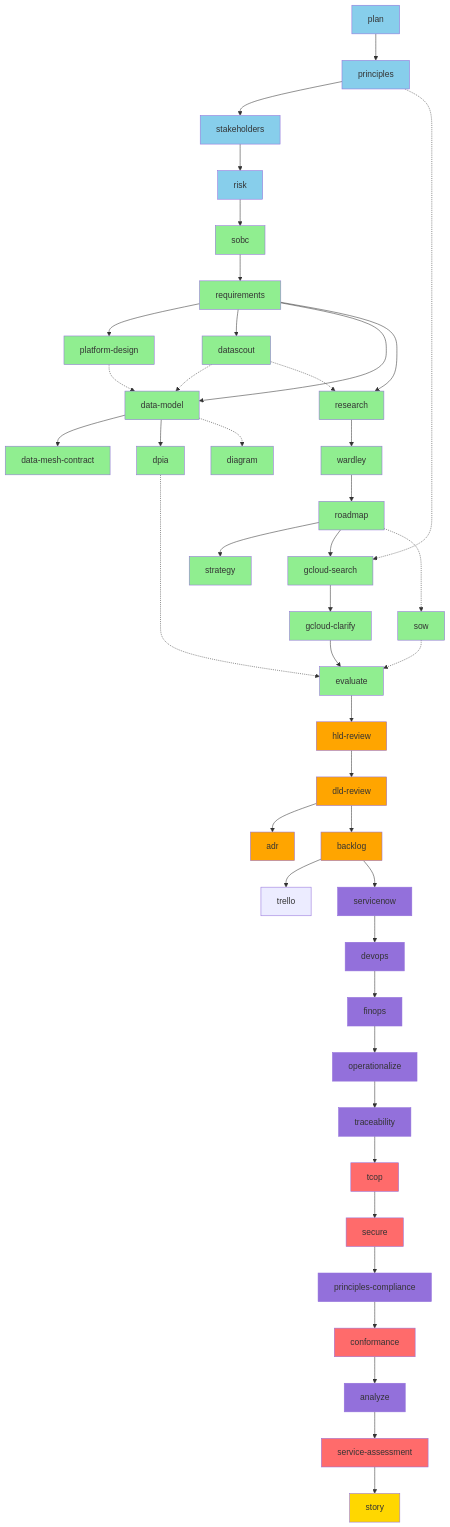
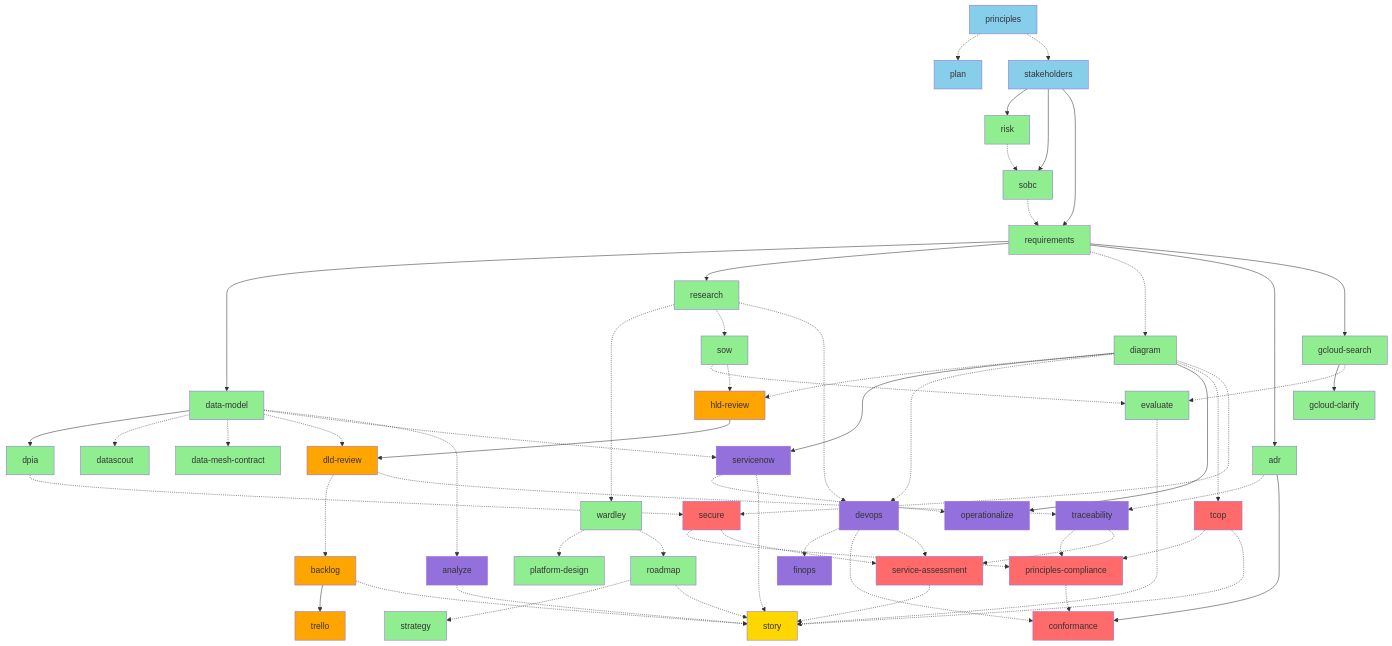
One commit to tractorjuice/arc-kit changed the second of 14 diagrams in docs/WORKFLOW-DIAGRAMS.md. Above: the diagram before and after it, drawn with Mermaid. The commit also changed other lines of this file, not shown here.

First line of the commit message:
docs: redraw WORKFLOW-DIAGRAMS.md from the dependency data

````diff
--- a/docs/WORKFLOW-DIAGRAMS.md
+++ b/docs/WORKFLOW-DIAGRAMS.md
@@ -122,101 +177,152 @@
 ```mermaid
 graph TD
-    %% Tier 0-1: Foundation
-    A[plan] --> B[principles]
-    B --> C[stakeholders]
-    C --> D[risk]
+    %% Tier 0
+    principles[principles]
+    plan[plan]
+    %% Tier 1
+    stakeholders[stakeholders]
+    %% Tier 2
+    risk[risk]
+    %% Tier 3
+    sobc[sobc]
+    %% Tier 4
+    requirements[requirements]
+    %% Tier 5
+    platform_design[platform-design]
+    roadmap[roadmap]
+    strategy[strategy]
+    %% Tier 6
+    data_model[data-model]
+    dpia[dpia]
+    research[research]
+    datascout[datascout]
+    wardley[wardley]
+    diagram[diagram]
+    adr[adr]
+    data_mesh_contract[data-mesh-contract]
+    %% Tier 7
+    sow[sow]
+    gcloud_search[gcloud-search]
+    gcloud_clarify[gcloud-clarify]
+    evaluate[evaluate]
+    %% Tier 8
+    hld_review[hld-review]
+    dld_review[dld-review]
+    %% Tier 9
+    backlog[backlog]
+    %% Tier 10
+    trello[trello]
+    %% Tier 11
+    servicenow[servicenow]
+    devops[devops]
+    finops[finops]
+    operationalize[operationalize]
+    traceability[traceability]
+    %% Tier 12
+    analyze[analyze]
+    %% Tier 13
+    principles_compliance[principles-compliance]
+    conformance[conformance]
+    service_assessment[service-assessment]
+    tcop[tcop]
+    secure[secure]
+    %% Tier 14
+    story[story]
 
-    %% Tier 2-4: Business Case & Requirements
-    D --> E[sobc]
-    E --> F[requirements]
+    principles -.-> plan
+    principles -.-> stakeholders
+    stakeholders --> risk
+    stakeholders --> sobc
+    risk -.-> sobc
+    stakeholders --> requirements
+    sobc -.-> requirements
+    wardley -.-> platform_design
+    wardley -.-> roadmap
+    roadmap -.-> strategy
+    requirements --> data_model
+    data_model --> dpia
+    requirements --> research
+    data_model -.-> datascout
+    research -.-> wardley
+    requirements -.-> diagram
+    requirements --> adr
+    data_model -.-> data_mesh_contract
+    research -.-> sow
+    requirements --> gcloud_search
+    gcloud_search --> gcloud_clarify
+    sow -.-> evaluate
+    gcloud_search -.-> evaluate
+    diagram -.-> hld_review
+    sow -.-> hld_review
+    data_model -.-> dld_review
+    hld_review --> dld_review
+    dld_review -.-> backlog
+    backlog --> trello
+    data_model -.-> servicenow
+    diagram --> servicenow
+    research -.-> devops
+    diagram -.-> devops
+    devops -.-> finops
+    diagram --> operationalize
+    servicenow -.-> operationalize
+    adr -.-> traceability
+    dld_review -.-> traceability
+    data_model -.-> analyze
+    traceability -.-> principles_compliance
+    tcop -.-> principles_compliance
+    secure -.-> principles_compliance
+    adr --> conformance
+    devops -.-> conformance
+    principles_compliance -.-> conformance
+    devops -.-> service_assessment
+    traceability -.-> service_assessment
+    secure -.-> service_assessment
+    diagram -.-> tcop
+    dpia -.-> secure
+    diagram -.-> secure
+    roadmap -.-> story
+    evaluate -.-> story
+    backlog -.-> story
+    servicenow -.-> story
+    analyze -.-> story
+    service_assessment -.-> story
+    tcop -.-> story
 
-    %% Tier 5-6: Strategy & Design
-    F --> G[platform-design]
-    F --> F1[datascout]
-    F1 -.-> H
-    F --> H[data-model]
-    G -.-> H
-    H --> I[data-mesh-contract]
-    H --> J[dpia]
-    F --> K[research]
-    F1 -.-> K
-    K --> L[wardley]
-    L --> M[roadmap]
-    M --> M1[strategy]
-    H -.-> V[diagram]
-
-    %% Tier 7: UK Gov Procurement
-    B -.-> N[gcloud-search]
-    M --> N
-    N --> O[gcloud-clarify]
-    O --> P[evaluate]
-    M -.-> Q[sow]
-    Q -.-> P
-    J -.-> P
-
-    %% Tier 8: Design Reviews
-    P --> R[hld-review]
-    R --> S[dld-review]
-    S --> T[adr]
-
-    %% Tier 9: Implementation
-    S --> U[backlog]
-
-    %% Tier 10: Backlog Export
-    U --> U1t[trello]
-
-    %% Tier 11-12: Operations & Quality
-    U --> W[servicenow]
-    W --> W1[devops]
-    W1 --> W1a[finops]
-    W1a --> W2[operationalize]
-    W2 --> X[traceability]
-
-    %% Tier 13: UK Gov Compliance
-    X --> X1[tcop]
-    X1 --> X2[secure]
-    X2 --> X3[principles-compliance]
-    X3 --> X4[conformance]
-    X4 --> Y[analyze]
-    Y --> Z[service-assessment]
-
-    %% Tier 14: Reporting
-    Z --> AA[story]
-
-    style A fill:#87CEEB
-    style B fill:#87CEEB
-    style C fill:#87CEEB
-    style D fill:#87CEEB
-    style E fill:#90EE90
-    style F fill:#90EE90
-    style F1 fill:#90EE90
-    style G fill:#90EE90
-    style H fill:#90EE90
-    style I fill:#90EE90
-    style J fill:#90EE90
-    style K fill:#90EE90
-    style L fill:#90EE90
-    style M fill:#90EE90
-    style M1 fill:#90EE90
-    style N fill:#90EE90
-    style O fill:#90EE90
-    style P fill:#90EE90
-    style Q fill:#90EE90
-    style R fill:#FFA500
-    style S fill:#FFA500
-    style T fill:#FFA500
-    style U fill:#FFA500
-    style V fill:#90EE90
-    style W fill:#9370DB
-    style W1 fill:#9370DB
-    style W1a fill:#9370DB
-    style W2 fill:#9370DB
-    style X fill:#9370DB
-    style X1 fill:#FF6B6B
-    style X2 fill:#FF6B6B
-    style X3 fill:#9370DB
-    style X4 fill:#FF6B6B
-    style Y fill:#9370DB
-    style Z fill:#FF6B6B
-    style AA fill:#FFD700
+    style principles fill:#87CEEB
+    style plan fill:#87CEEB
+    style stakeholders fill:#87CEEB
+    style risk fill:#90EE90
+    style sobc fill:#90EE90
+    style requirements fill:#90EE90
+    style platform_design fill:#90EE90
+    style roadmap fill:#90EE90
+    style strategy fill:#90EE90
+    style data_model fill:#90EE90
+    style dpia fill:#90EE90
+    style research fill:#90EE90
+    style datascout fill:#90EE90
+    style wardley fill:#90EE90
+    style diagram fill:#90EE90
+    style adr fill:#90EE90
+    style data_mesh_contract fill:#90EE90
+    style sow fill:#90EE90
+    style gcloud_search fill:#90EE90
+    style gcloud_clarify fill:#90EE90
+    style evaluate fill:#90EE90
+    style hld_review fill:#FFA500
+    style dld_review fill:#FFA500
+    style backlog fill:#FFA500
+    style trello fill:#FFA500
+    style servicenow fill:#9370DB
+    style devops fill:#9370DB
+    style finops fill:#9370DB
+    style operationalize fill:#9370DB
+    style traceability fill:#9370DB
+    style analyze fill:#9370DB
+    style principles_compliance fill:#FF6B6B
+    style conformance fill:#FF6B6B
+    style service_assessment fill:#FF6B6B
+    style tcop fill:#FF6B6B
+    style secure fill:#FF6B6B
+    style story fill:#FFD700
 ```
````
